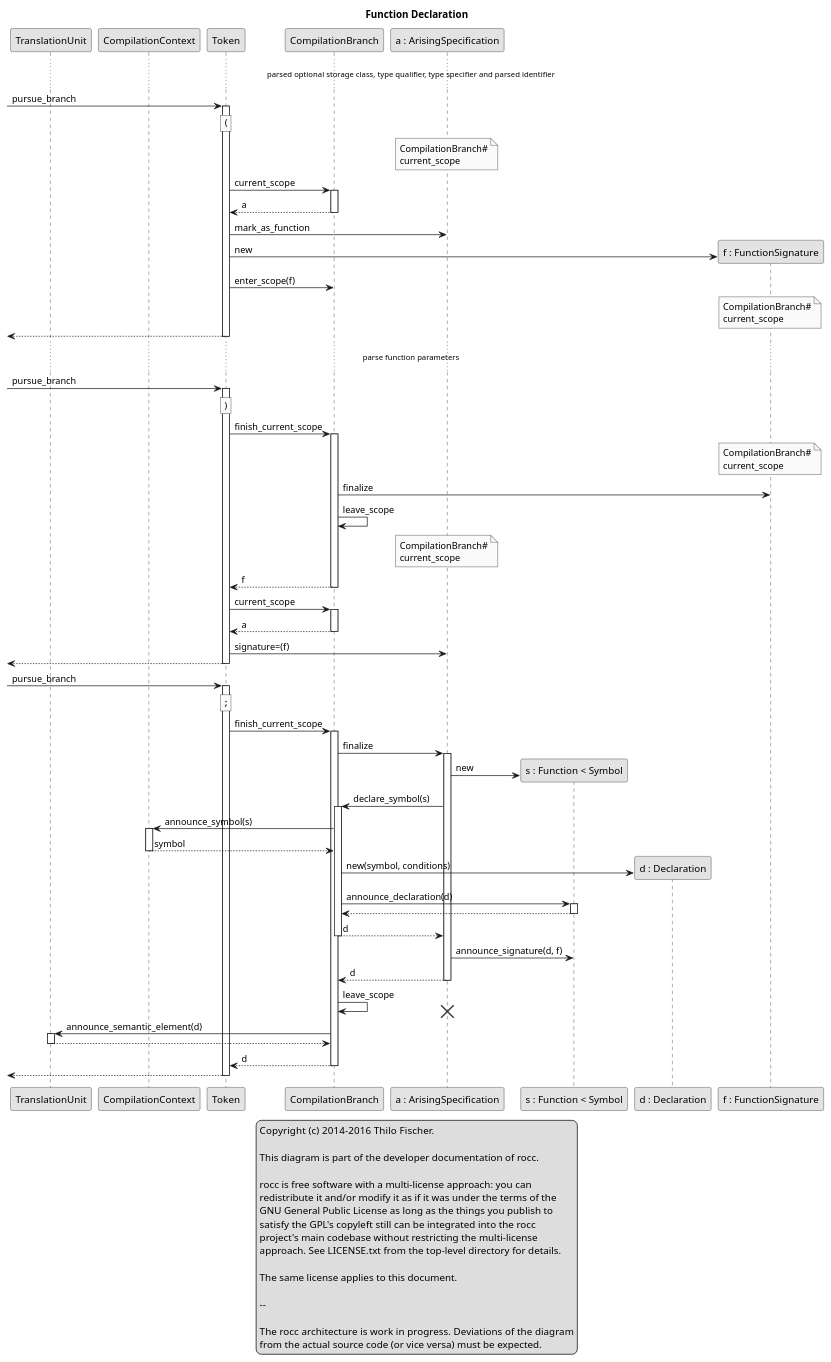
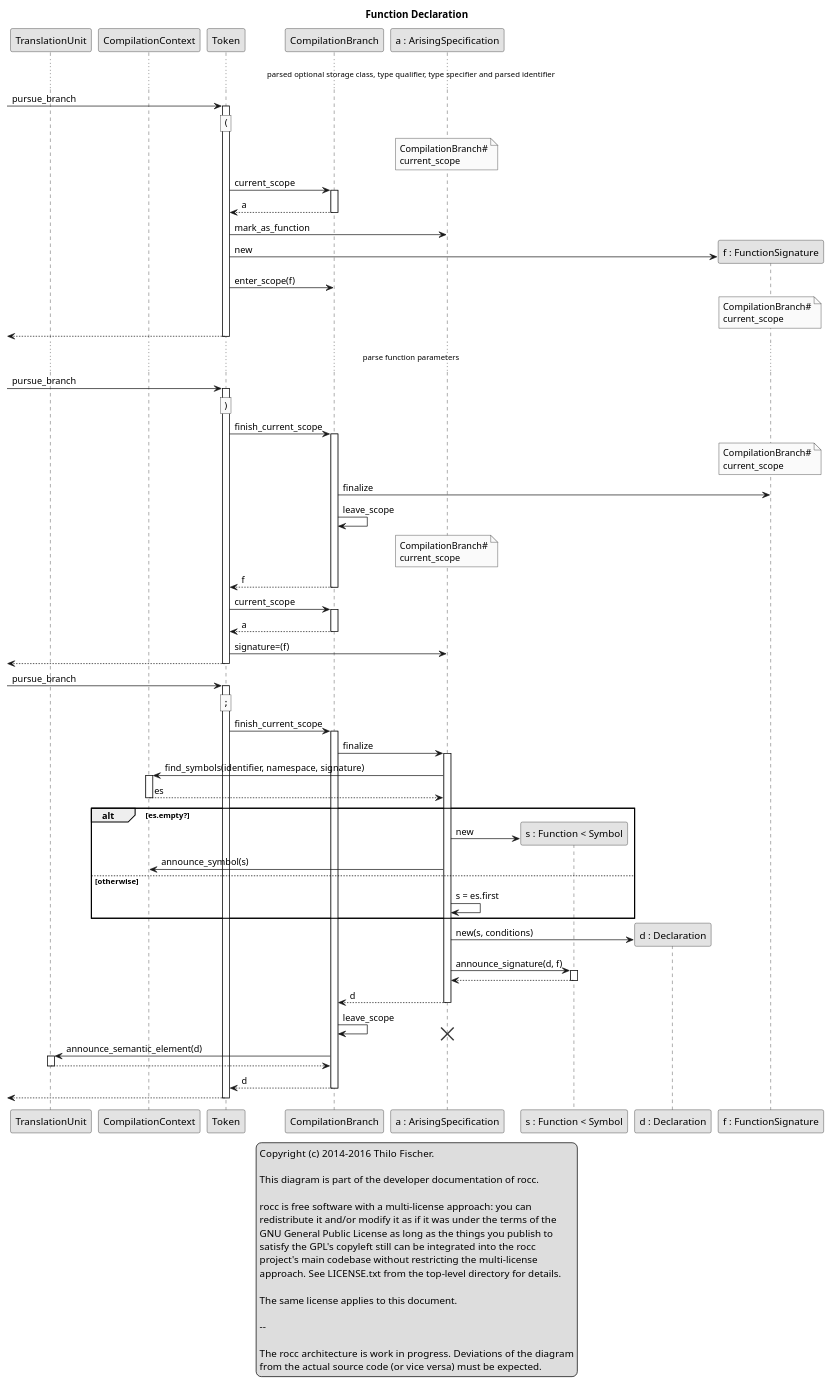
The diagram in design/snippets/symbol-instantiation_function-declaration.puml (thilo-fischer/rocc), drawn with PlantUML before and after one commit. The commit also changed 4 other files, not shown here.

```diff
--- a/design/snippets/symbol-instantiation_function-declaration.puml
+++ b/design/snippets/symbol-instantiation_function-declaration.puml
@@ -1,140 +1,145 @@
 @startuml
 
 legend center
   Copyright (c) 2014-2016  Thilo Fischer.
   
   This diagram is part of the developer documentation of rocc.
  
   rocc is free software with a multi-license approach: you can
   redistribute it and/or modify it as if it was under the terms of the
   GNU General Public License as long as the things you publish to
   satisfy the GPL's copyleft still can be integrated into the rocc
   project's main codebase without restricting the multi-license
   approach. See LICENSE.txt from the top-level directory for details.
  
   The same license applies to this document.
 
   --
 
   The rocc architecture is work in progress.  Deviations of the diagram
   from the actual source code (or vice versa) must be expected.
 endlegend
 
 skinparam monochrome true
 
 title Function Declaration
 
 participant TranslationUnit
 participant CompilationContext
 participant Token
 participant CompilationBranch
 participant "a : ArisingSpecification" as ArisingSpecification
 participant "s : Function < Symbol" as Symbol
 participant "d : Declaration" as Declaration
 participant "f : FunctionSignature" as FunctionSignature
 
 ... parsed optional storage class, type qualifier, type specifier and parsed identifier ...
 
 [-> Token : pursue_branch
 rnote over Token : ""(""
 activate Token
 
 note over ArisingSpecification : CompilationBranch#\ncurrent_scope
 
 Token -> CompilationBranch : current_scope
 activate CompilationBranch
 Token <-- CompilationBranch : a
 deactivate CompilationBranch
 
 Token -> ArisingSpecification : mark_as_function
 
 create FunctionSignature
 Token -> FunctionSignature : new
 Token -> CompilationBranch : enter_scope(f)
 note over FunctionSignature : CompilationBranch#\ncurrent_scope
 
 [<-- Token
 deactivate Token
 
 ... parse function parameters ...
 
 [-> Token : pursue_branch
 rnote over Token : "")""
 activate Token
 
 Token -> CompilationBranch : finish_current_scope
 activate CompilationBranch
 note over FunctionSignature : CompilationBranch#\ncurrent_scope
 CompilationBranch -> FunctionSignature : finalize
 CompilationBranch -> CompilationBranch : leave_scope
 note over ArisingSpecification : CompilationBranch#\ncurrent_scope
 Token <-- CompilationBranch : f
 deactivate CompilationBranch
 
 Token -> CompilationBranch : current_scope
 activate CompilationBranch
 Token <-- CompilationBranch : a
 deactivate CompilationBranch
 
 Token -> ArisingSpecification : signature=(f)
 
 [<-- Token
 deactivate Token
 
 [-> Token : pursue_branch
 
 'rnote over Token : "";"" or "",""
 rnote over Token : "";""
 
 activate Token
 
 Token -> CompilationBranch : finish_current_scope
 activate CompilationBranch
 
 CompilationBranch -> ArisingSpecification : finalize
 activate ArisingSpecification
 
-create Symbol
-ArisingSpecification -> Symbol : new
-
-ArisingSpecification -> CompilationBranch : declare_symbol(s)
-activate CompilationBranch
-
-CompilationBranch -> CompilationContext : announce_symbol(s)
+ArisingSpecification -> CompilationContext : find_symbols(identifier, namespace, signature)
 activate CompilationContext
-CompilationBranch <-- CompilationContext : symbol
+ArisingSpecification <-- CompilationContext : es
 deactivate CompilationContext
 
+alt es.empty?
+
+  create Symbol
+  ArisingSpecification -> Symbol : new
+
+  ArisingSpecification -> CompilationContext : announce_symbol(s)
+  'activate CompilationContext
+  'CompilationBranch <-- CompilationContext : symbol
+  'deactivate CompilationContext
+
+else otherwise
+
+  ArisingSpecification -> ArisingSpecification : s = es.first
+  
+end ' alt es.empty?
+
 create Declaration
-CompilationBranch -> Declaration : new(symbol, conditions)
-
-CompilationBranch -> Symbol : announce_declaration(d)
-activate Symbol
-CompilationBranch <-- Symbol
-deactivate Symbol
-
-ArisingSpecification <-- CompilationBranch : d
-deactivate CompilationBranch
+ArisingSpecification -> Declaration : new(s, conditions)
 
 ArisingSpecification -> Symbol : announce_signature(d, f)
+activate Symbol
+ArisingSpecification <-- Symbol
+deactivate Symbol
 
 CompilationBranch <-- ArisingSpecification : d
 deactivate ArisingSpecification
 
 CompilationBranch -> CompilationBranch : leave_scope
 
 destroy ArisingSpecification
 
 
 CompilationBranch -> TranslationUnit : announce_semantic_element(d)
 activate TranslationUnit
 CompilationBranch <-- TranslationUnit
 deactivate TranslationUnit
 
 Token <-- CompilationBranch : d
 deactivate CompilationBranch
 
 [<-- Token
 deactivate Token
 
 @enduml
```
